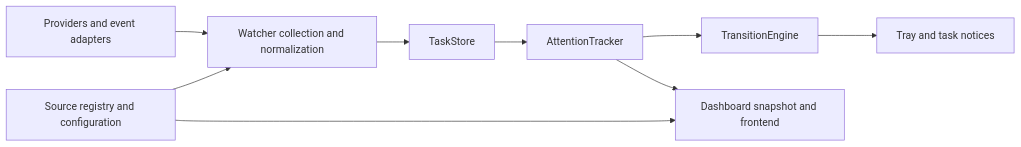
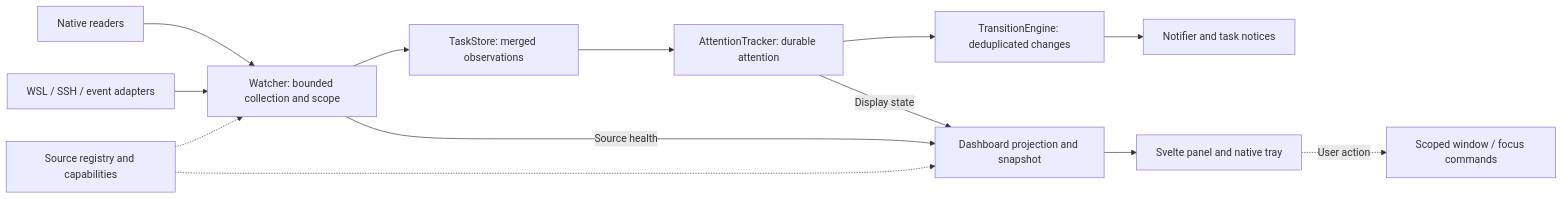
One commit to qingtian-4/TaskPulse changed the diagram in docs/ARCHITECTURE.md. Above: the diagram before and after it, drawn with Mermaid. The commit also changed other lines of this file and 3 other files, not shown here.

Commit message:
docs: align architecture diagrams with runtime dispatch and independent routes

````diff
--- a/docs/ARCHITECTURE.md
+++ b/docs/ARCHITECTURE.md
@@ -15,11 +15,15 @@
 ```mermaid
 flowchart LR
-  A[Providers and event adapters] --> B[Watcher collection and normalization]
-  B --> C[TaskStore]
-  C --> D[AttentionTracker]
-  D --> E[TransitionEngine]
-  E --> F[Tray and task notices]
-  D --> G[Dashboard snapshot and frontend]
-  H[Source registry and configuration] --> B
-  H --> G
+  A[Native readers] --> W[Watcher: bounded collection and scope]
+  B[WSL / SSH / event adapters] --> W
+  W --> C[TaskStore: merged observations]
+  C --> D[AttentionTracker: durable attention]
+  D --> E[TransitionEngine: deduplicated changes]
+  E --> F[Notifier and task notices]
+  W -- Source health --> G[Dashboard projection and snapshot]
+  D -- Display state --> G
+  G --> U[Svelte panel and native tray]
+  U -. User action .-> N[Scoped window / focus commands]
+  H[Source registry and capabilities] -.-> W
+  H -.-> G
 ```
````
